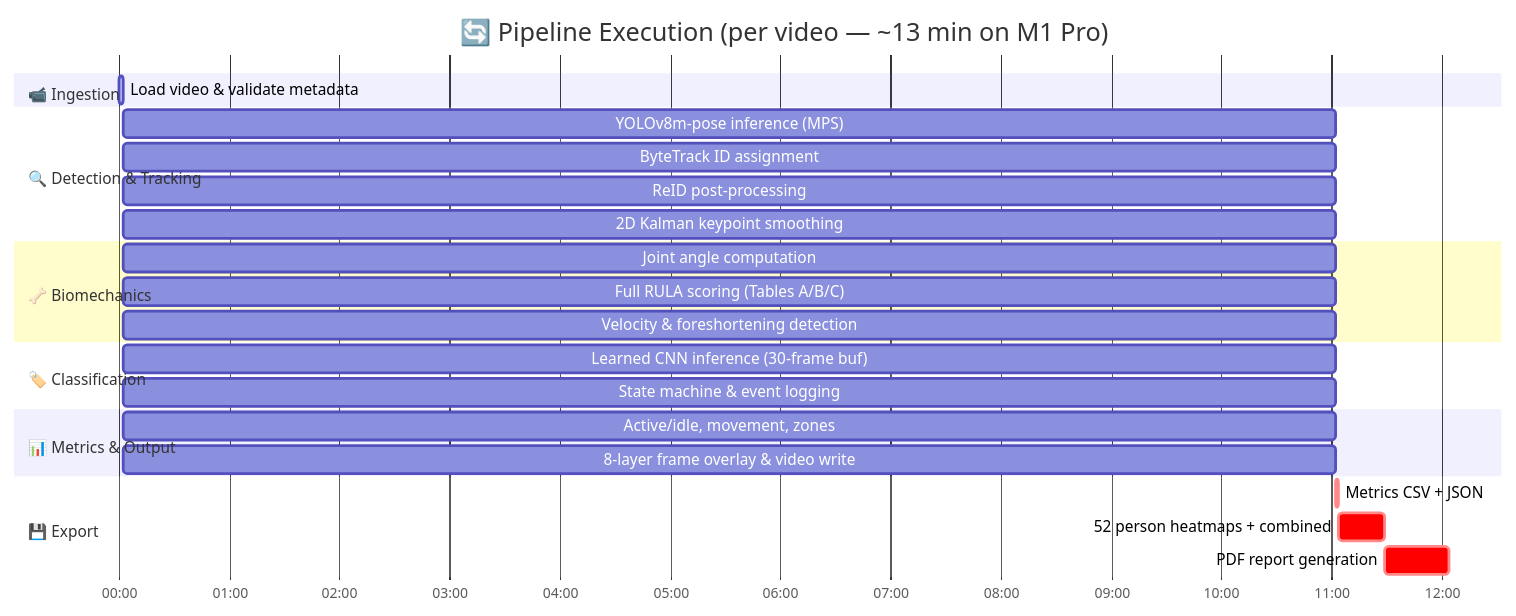
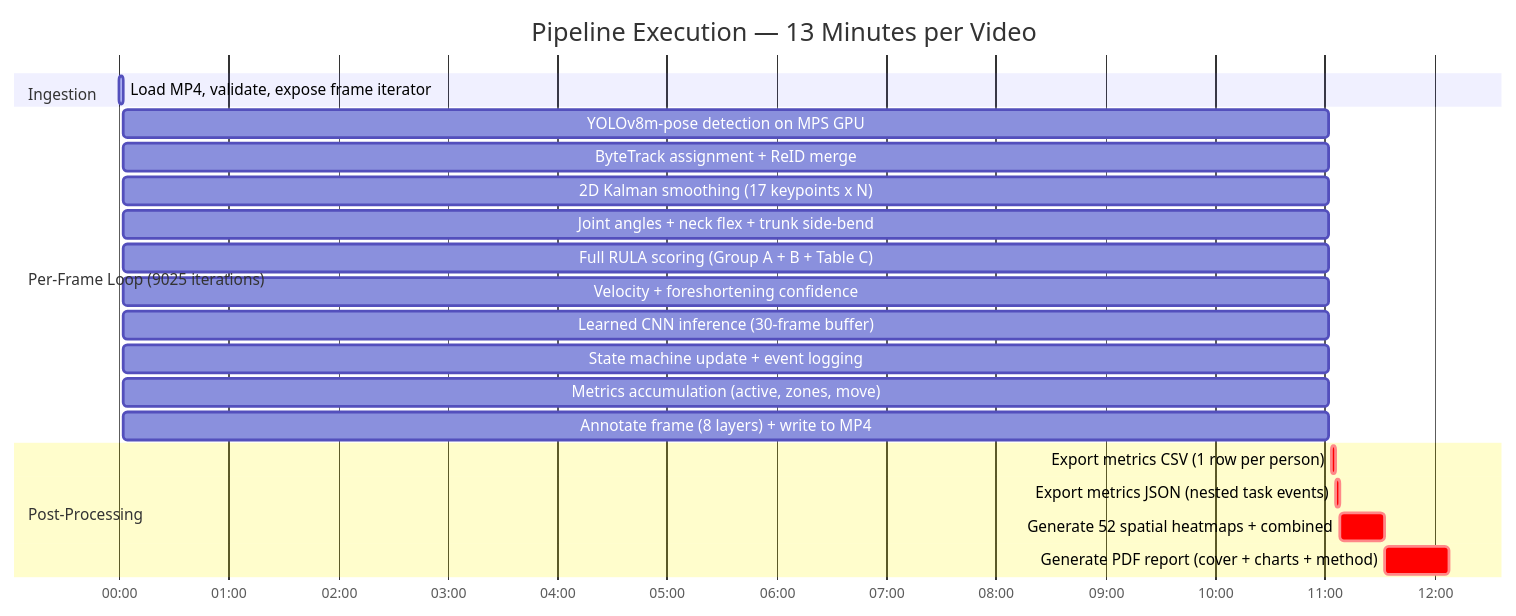
One commit to nourdesoukizz/factory-biomechanics-tracker changed the second of 4 diagrams in README.md. Above: the diagram before and after it, drawn with Mermaid. The commit also changed other lines of this file, not shown here.

First line of the commit message:
Redesign all Gantt charts with detailed phases, proper labels, and no emojis

````diff
--- a/README.md
+++ b/README.md
@@ -80,33 +91,28 @@
 ```mermaid
 gantt
-    title 🔄 Pipeline Execution (per video — ~13 min on M1 Pro)
+    title Pipeline Execution — 13 Minutes per Video
     dateFormat mm:ss
     axisFormat %M:%S
+    todayMarker off
 
-    section 📹 Ingestion
-    Load video & validate metadata       :active, p1, 00:00, 2s
+    section Ingestion
+    Load MP4, validate, expose frame iterator    :active, p1, 00:00, 2s
 
-    section 🔍 Detection & Tracking
-    YOLOv8m-pose inference (MPS)         :p2, after p1, 11m
-    ByteTrack ID assignment              :p2b, after p1, 11m
-    ReID post-processing                 :p2c, after p1, 11m
-    2D Kalman keypoint smoothing         :p2d, after p1, 11m
+    section Per-Frame Loop (9025 iterations)
+    YOLOv8m-pose detection on MPS GPU            :p2a, 00:02, 11m
+    ByteTrack assignment + ReID merge            :p2b, 00:02, 11m
+    2D Kalman smoothing (17 keypoints x N)       :p2c, 00:02, 11m
+    Joint angles + neck flex + trunk side-bend   :p3a, 00:02, 11m
+    Full RULA scoring (Group A + B + Table C)    :p3b, 00:02, 11m
+    Velocity + foreshortening confidence         :p3c, 00:02, 11m
+    Learned CNN inference (30-frame buffer)      :p4a, 00:02, 11m
+    State machine update + event logging         :p4b, 00:02, 11m
+    Metrics accumulation (active, zones, move)   :p5, 00:02, 11m
+    Annotate frame (8 layers) + write to MP4     :p6, 00:02, 11m
 
-    section 🦴 Biomechanics
-    Joint angle computation              :p3, after p1, 11m
-    Full RULA scoring (Tables A/B/C)     :p3b, after p1, 11m
-    Velocity & foreshortening detection  :p3c, after p1, 11m
-
-    section 🏷️ Classification
-    Learned CNN inference (30-frame buf) :p4, after p1, 11m
-    State machine & event logging        :p4b, after p1, 11m
-
-    section 📊 Metrics & Output
-    Active/idle, movement, zones         :p5, after p1, 11m
-    8-layer frame overlay & video write  :p6, after p1, 11m
-
-    section 💾 Export
-    Metrics CSV + JSON                   :crit, p7, 11:02, 2s
-    52 person heatmaps + combined        :crit, p7b, after p7, 25s
-    PDF report generation                :crit, p7c, after p7b, 35s
+    section Post-Processing
+    Export metrics CSV (1 row per person)         :crit, p7a, 11:04, 2s
+    Export metrics JSON (nested task events)      :crit, p7b, after p7a, 2s
+    Generate 52 spatial heatmaps + combined      :crit, p7c, after p7b, 25s
+    Generate PDF report (cover + charts + method):crit, p7d, after p7c, 35s
 ```
````
